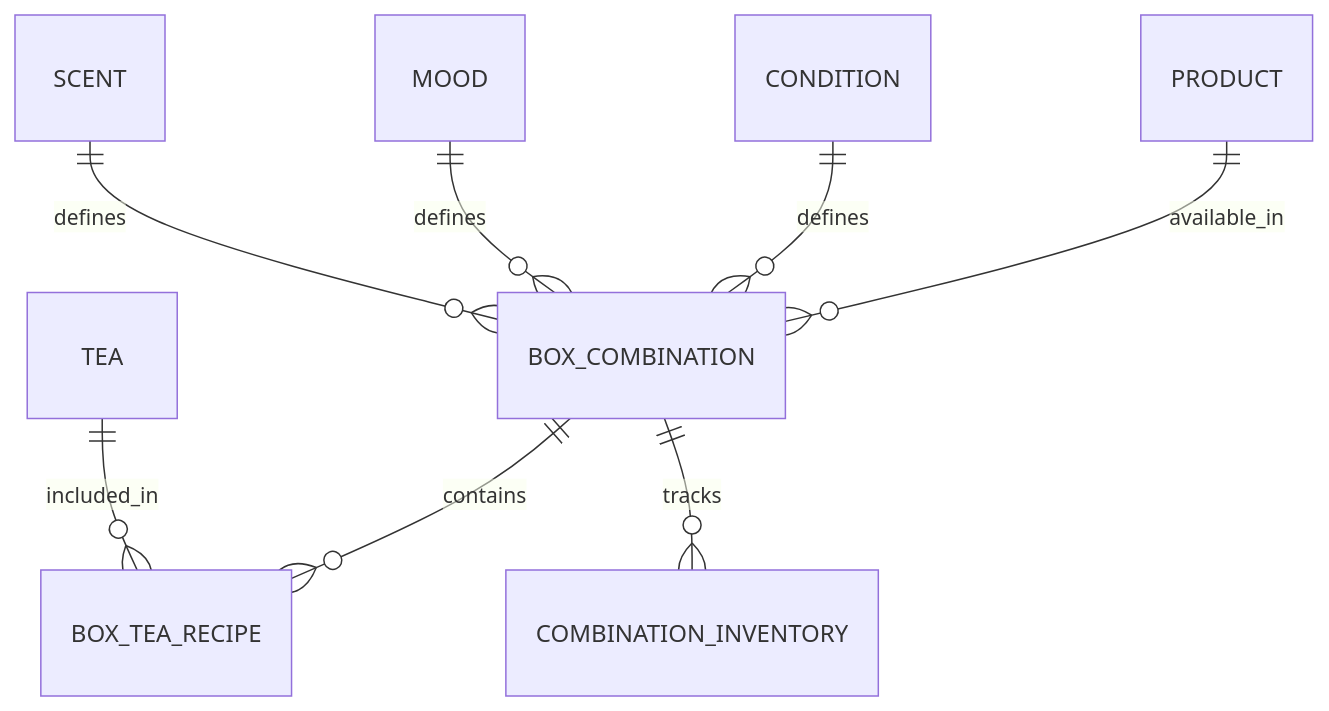
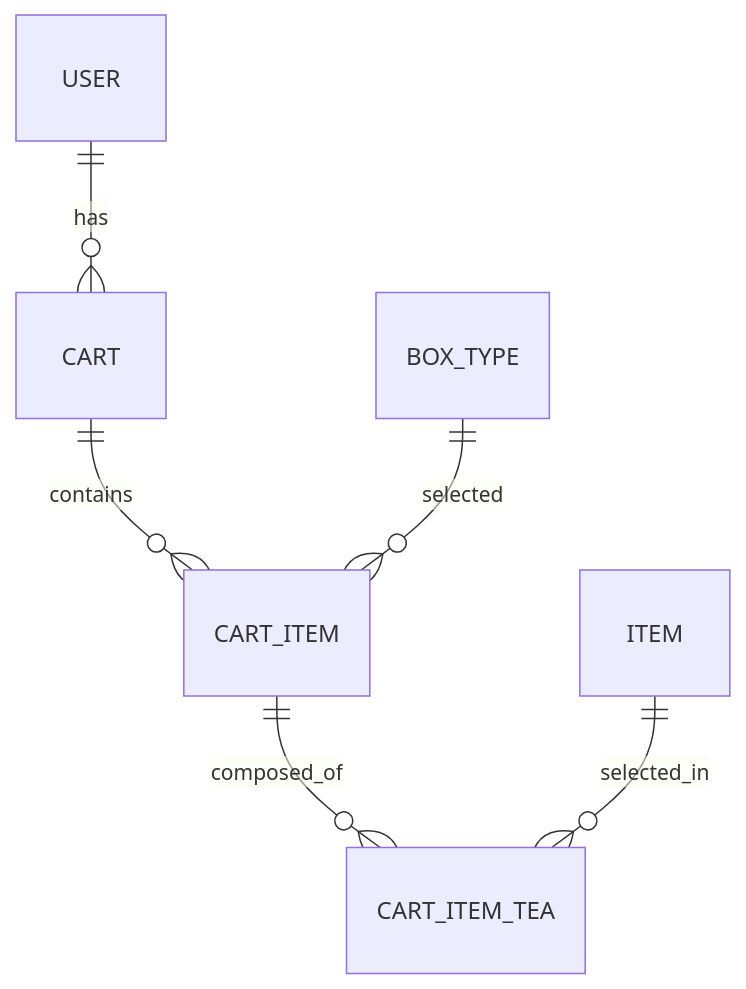
The fourth of 7 diagrams in ecommerce/docs/api/data-models.md (jay05410/hanghae10-for-study), drawn with Mermaid before and after one commit. The commit also changed other lines of this file and 4 other files, not shown here.

````diff
--- a/ecommerce/docs/api/data-models.md
+++ b/ecommerce/docs/api/data-models.md
@@ -269,10 +354,8 @@
 ```mermaid
 erDiagram
-    PRODUCT ||--o{ BOX_COMBINATION : available_in
-    CONDITION ||--o{ BOX_COMBINATION : defines
-    MOOD ||--o{ BOX_COMBINATION : defines
-    SCENT ||--o{ BOX_COMBINATION : defines
-    BOX_COMBINATION ||--o{ BOX_TEA_RECIPE : contains
-    BOX_COMBINATION ||--o{ COMBINATION_INVENTORY : tracks
-    TEA ||--o{ BOX_TEA_RECIPE : included_in
+    USER ||--o{ CART : has
+    CART ||--o{ CART_ITEM : contains
+    CART_ITEM ||--o{ CART_ITEM_TEA : composed_of
+    BOX_TYPE ||--o{ CART_ITEM : selected
+    ITEM ||--o{ CART_ITEM_TEA : selected_in
 ```
````
